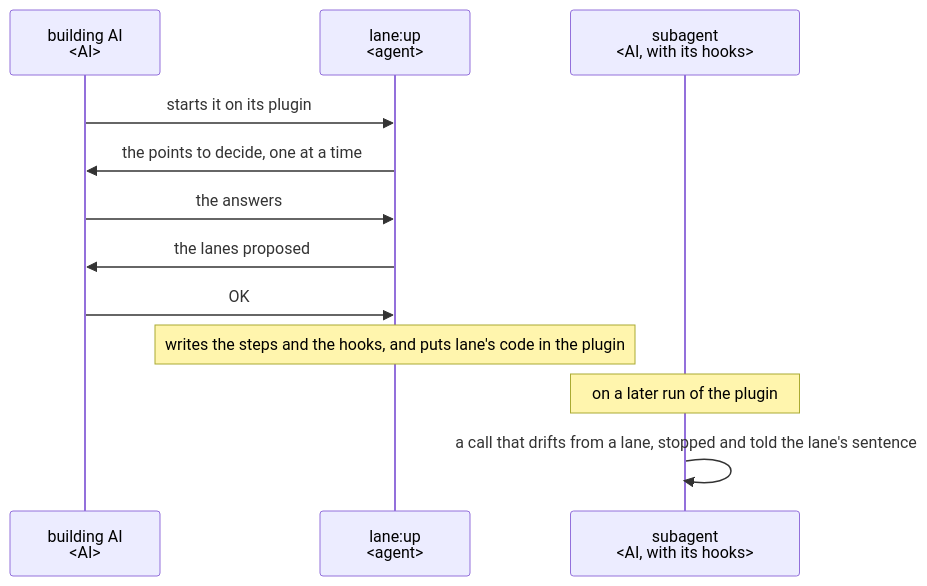
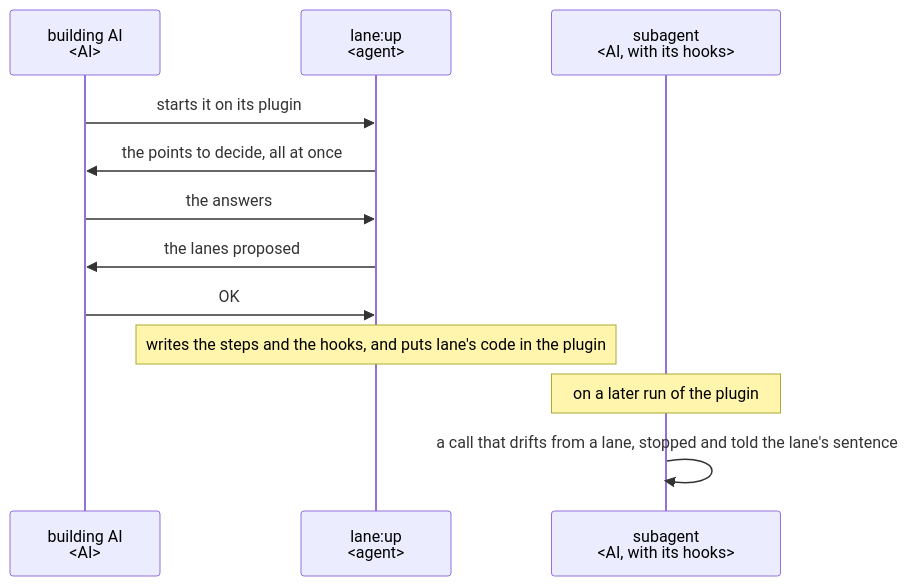
The first of 3 diagrams in dev/lane/ux.md (lovaizu/ccpm), drawn with Mermaid before and after one commit. The commit also changed other lines of this file and 3 other files, not shown here.

Commit message:
lane:up sends the building AI every open point in one reply, as the user chose: one at a time was for a person; steering state

````diff
--- a/dev/lane/ux.md
+++ b/dev/lane/ux.md
@@ -46,14 +46,14 @@
 ```mermaid
 sequenceDiagram
   participant A as building AI<br/>#lt;AI#gt;
   participant L as lane:up<br/>#lt;agent#gt;
   participant S as subagent<br/>#lt;AI, with its hooks#gt;
   A->>L: starts it on its plugin
-  L->>A: the points to decide, one at a time
+  L->>A: the points to decide, all at once
   A->>L: the answers
   L->>A: the lanes proposed
   A->>L: OK
   Note over L: writes the steps and the hooks, and puts lane's code in the plugin
   Note over S: on a later run of the plugin
   S->>S: a call that drifts from a lane, stopped and told the lane's sentence
 ```
````
